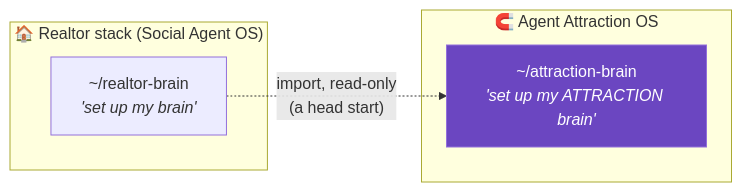
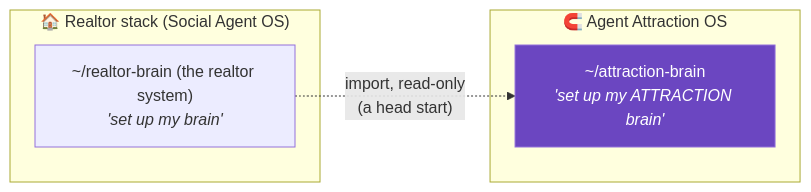
One commit to teamsherrard/claude-agent-attraction-os changed the sixth of 6 diagrams in plugins/maa-claude-support/shared/visual-aids.md. Above: the diagram before and after it, drawn with Mermaid. The commit also changed 6 other files, not shown here.

````diff
--- a/plugins/maa-claude-support/shared/visual-aids.md
+++ b/plugins/maa-claude-support/shared/visual-aids.md
@@ -103,11 +103,11 @@
 ```mermaid
 flowchart LR
     subgraph R["🏠 Realtor stack (Social Agent OS)"]
-        RB["~/realtor-brain<br/><i>'set up my brain'</i>"]
+        RB["~/realtor-brain (the realtor system)<br/><i>'set up my brain'</i>"]
     end
     subgraph A["🧲 Agent Attraction OS"]
         AB["~/attraction-brain<br/><i>'set up my ATTRACTION brain'</i>"]
     end
     RB -. "import, read-only<br/>(a head start)" .-> AB
     style AB fill:#6b46c1,color:#fff
 ```
````
